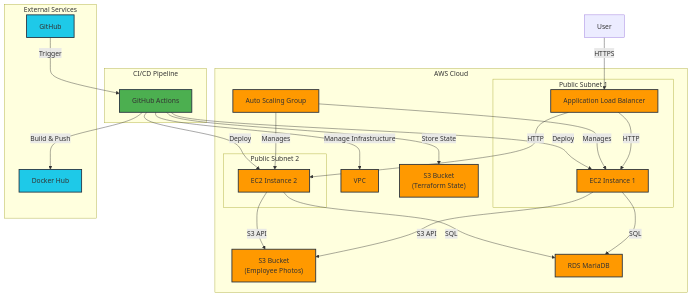
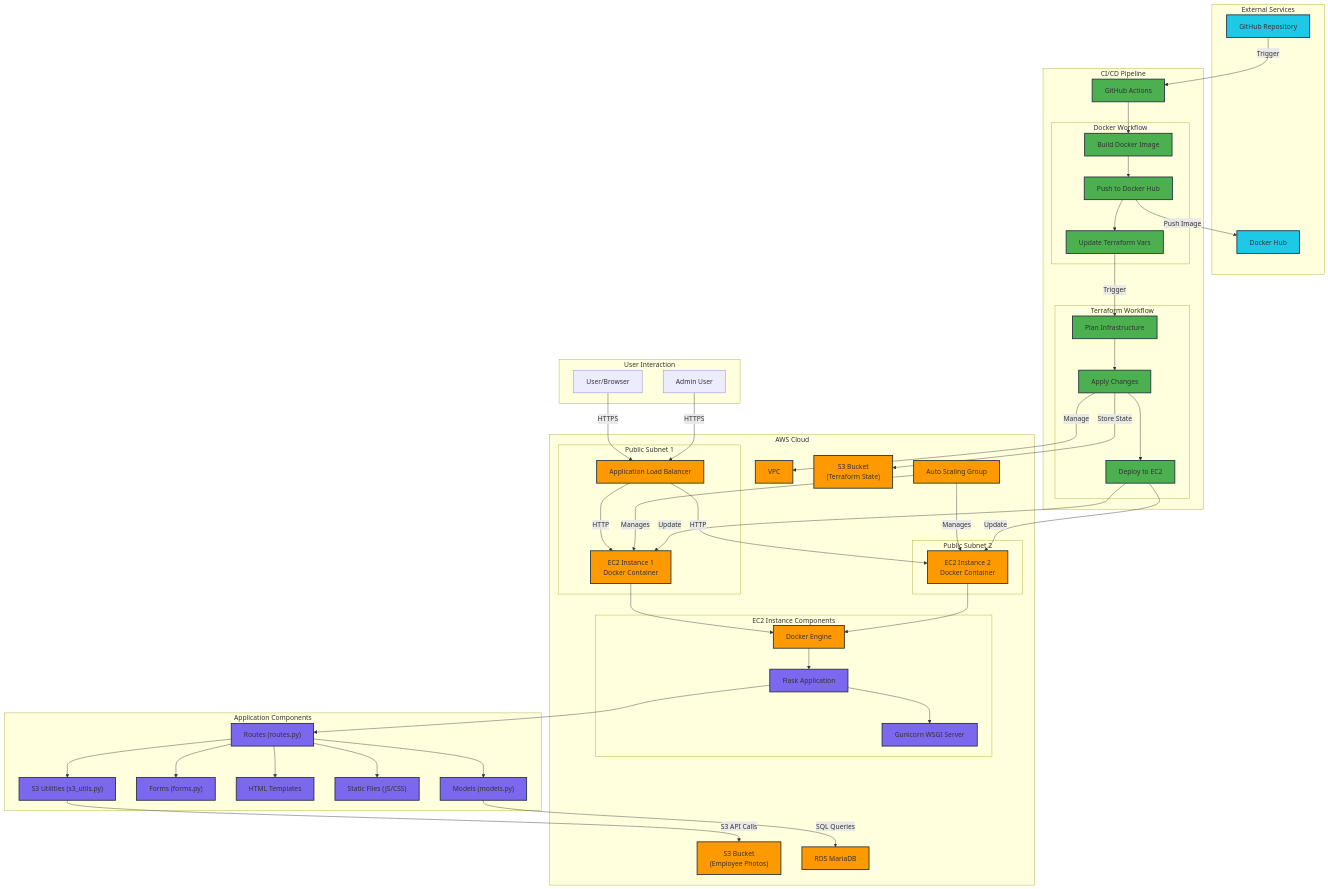
One commit to SimonJan2/Employee_Management_Flask changed the diagram in README.md. Above: the diagram before and after it, drawn with Mermaid.

````diff
--- a/README.md
+++ b/README.md
@@ -12,48 +12,100 @@
 ```mermaid
 graph TB
+    subgraph "User Interaction"
+        User["User/Browser"]
+        AdminUser["Admin User"]
+    end
+
     subgraph "AWS Cloud"
         VPC["VPC"]
         subgraph "Public Subnet 1"
             ALB["Application Load Balancer"]
-            EC2_1["EC2 Instance 1"]
+            EC2_1["EC2 Instance 1<br>Docker Container"]
         end
         subgraph "Public Subnet 2"
-            EC2_2["EC2 Instance 2"]
+            EC2_2["EC2 Instance 2<br>Docker Container"]
         end
         ASG["Auto Scaling Group"]
         S3["S3 Bucket<br>(Employee Photos)"]
         RDS["RDS MariaDB"]
         TFS3["S3 Bucket<br>(Terraform State)"]
+        
+        subgraph "EC2 Instance Components"
+            Flask["Flask Application"]
+            Gunicorn["Gunicorn WSGI Server"]
+            DockerEngine["Docker Engine"]
+        end
     end
+
     subgraph "External Services"
-        GH["GitHub"]
+        GH["GitHub Repository"]
         DH["Docker Hub"]
     end
+
     subgraph "CI/CD Pipeline"
         GHA["GitHub Actions"]
+        subgraph "Docker Workflow"
+            DW1["Build Docker Image"]
+            DW2["Push to Docker Hub"]
+            DW3["Update Terraform Vars"]
+        end
+        subgraph "Terraform Workflow"
+            TW1["Plan Infrastructure"]
+            TW2["Apply Changes"]
+            TW3["Deploy to EC2"]
+        end
     end
-    
-    User["User"] -->|"HTTPS"| ALB
+
+    subgraph "Application Components"
+        Routes["Routes (routes.py)"]
+        Models["Models (models.py)"]
+        Forms["Forms (forms.py)"]
+        Templates["HTML Templates"]
+        StaticFiles["Static Files (JS/CSS)"]
+        S3Utils["S3 Utilities (s3_utils.py)"]
+    end
+
+    User -->|"HTTPS"| ALB
+    AdminUser -->|"HTTPS"| ALB
     ALB -->|"HTTP"| EC2_1
     ALB -->|"HTTP"| EC2_2
-    EC2_1 -->|"SQL"| RDS
-    EC2_2 -->|"SQL"| RDS
-    EC2_1 -->|"S3 API"| S3
-    EC2_2 -->|"S3 API"| S3
+    EC2_1 --> DockerEngine
+    EC2_2 --> DockerEngine
+    DockerEngine --> Flask
+    Flask --> Gunicorn
+    
+    Flask --> Routes
+    Routes --> Models
+    Routes --> Forms
+    Routes --> Templates
+    Routes --> StaticFiles
+    Routes --> S3Utils
+    
+    Models -->|"SQL Queries"| RDS
+    S3Utils -->|"S3 API Calls"| S3
+    
     ASG -->|"Manages"| EC2_1
     ASG -->|"Manages"| EC2_2
     
     GH -->|"Trigger"| GHA
-    GHA -->|"Build & Push"| DH
-    GHA -->|"Deploy"| EC2_1
-    GHA -->|"Deploy"| EC2_2
-    GHA -->|"Manage Infrastructure"| VPC
-    GHA -->|"Store State"| TFS3
+    GHA --> DW1
+    DW1 --> DW2
+    DW2 --> DW3
+    DW3 -->|"Trigger"| TW1
+    TW1 --> TW2
+    TW2 --> TW3
+    TW3 -->|"Update"| EC2_1
+    TW3 -->|"Update"| EC2_2
+    DW2 -->|"Push Image"| DH
+    TW2 -->|"Manage"| VPC
+    TW2 -->|"Store State"| TFS3
     
     classDef aws fill:#FF9900,stroke:#232F3E,stroke-width:2px;
     classDef external fill:#1EC9E8,stroke:#232F3E,stroke-width:2px;
     classDef cicd fill:#4CAF50,stroke:#232F3E,stroke-width:2px;
-    class ALB,EC2_1,EC2_2,ASG,S3,RDS,VPC,TFS3 aws;
+    classDef app fill:#7B68EE,stroke:#232F3E,stroke-width:2px;
+    class ALB,EC2_1,EC2_2,ASG,S3,RDS,VPC,TFS3,DockerEngine aws;
     class GH,DH external;
-    class GHA cicd;
+    class GHA,DW1,DW2,DW3,TW1,TW2,TW3 cicd;
+    class Flask,Gunicorn,Routes,Models,Forms,Templates,StaticFiles,S3Utils app;
 ```
````
